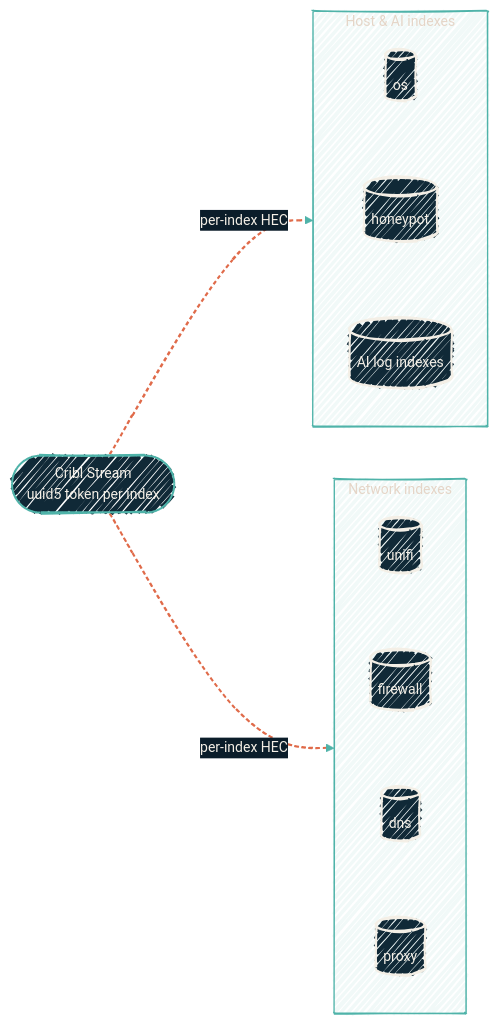
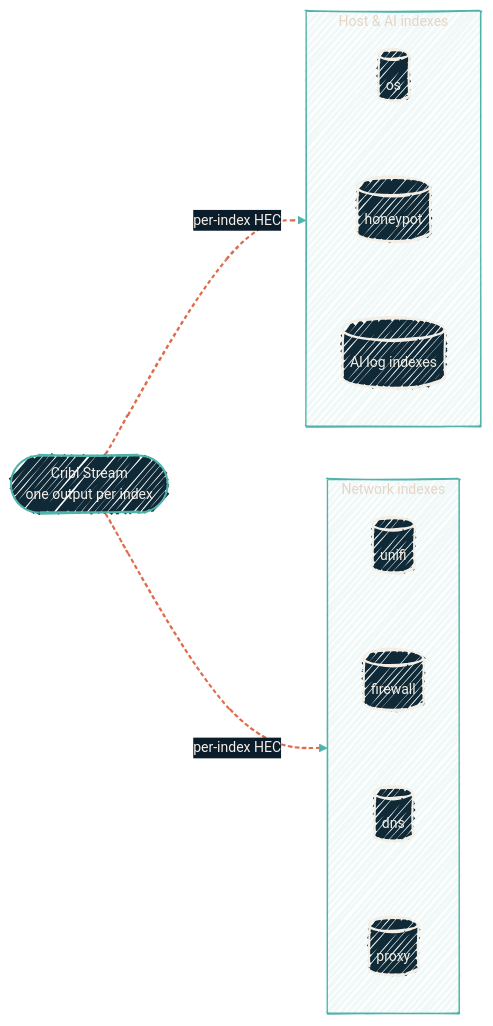
Before and after one commit to dryvist/docs: the seventh of 8 diagrams in observability/pipeline-flows.mdx, drawn with Mermaid. The commit also changed other lines of this file and 100 other files, not shown here.

````diff
--- a/observability/pipeline-flows.mdx
+++ b/observability/pipeline-flows.mdx
@@ -307,37 +318,37 @@
 ```mermaid
 %%{init:
   {'theme':'base','look':'handDrawn','themeVariables':{'fontFamily':'Geist','fontSize':'14px','primaryColor':'#102937','primaryTextColor':'#F4EFE6','primaryBorderColor':'#4FB3A9','lineColor':'#4FB3A9','secondaryColor':'#0B1D2A','tertiaryColor':'#1A2A38','clusterBkg':'rgba(79,179,169,0.08)','clusterBorder':'#4FB3A9'}}}%%
   flowchart LR
-  Stream([Cribl Stream<br/>uuid5 token per index])
+  Stream([Cribl Stream<br/>one output per index])
   subgraph net["Network indexes"]
   direction TB
   Iu[(unifi)]
   If[(firewall)]
   Id[(dns)]
   Ip[(proxy)]
   end
   subgraph hostai["Host & AI indexes"]
   direction TB
   Io[(os)]
   Ih[(honeypot)]
   Ia[(AI log indexes)]
   end
 
   Stream -->|per-index HEC| Iu
   Iu ~~~ If
   If ~~~ Id
   Id ~~~ Ip
   Stream -->|per-index HEC| Io
   Io ~~~ Ih
   Ih ~~~ Ia
 
   classDef hop  fill:#102937,stroke:#4FB3A9,stroke-width:2px,color:#F4EFE6;
   classDef sink fill:#102937,stroke:#F4EFE6,stroke-width:2px,color:#F4EFE6;
 
   class Stream hop
   class Iu,If,Id,Ip,Io,Ih,Ia sink
 
   click Stream "/observability/monitoring-agents" "Stream is the only Splunk egress"
 
   linkStyle 0,4 stroke:#E06B4A,stroke-width:2px,stroke-dasharray:4 3;
 ```
````
